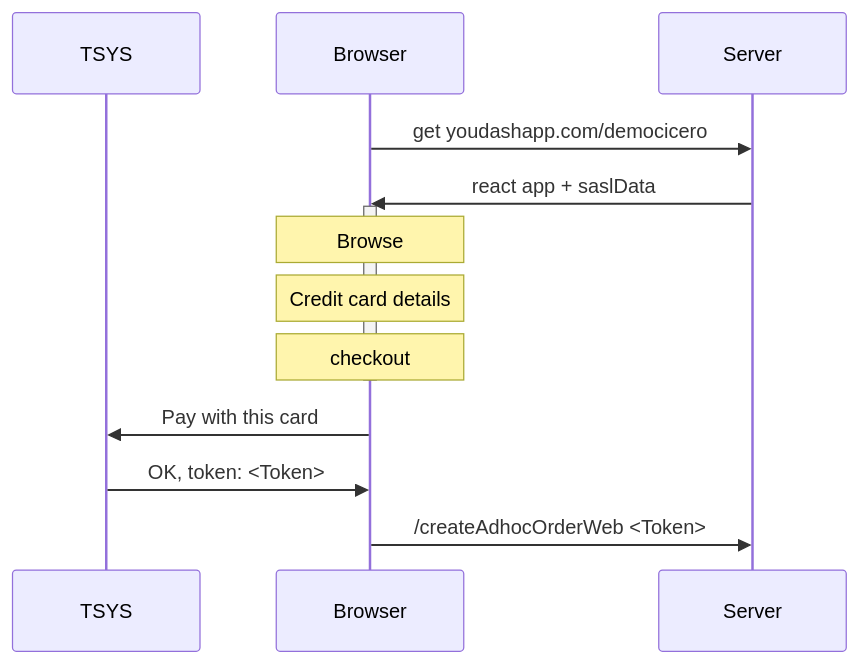
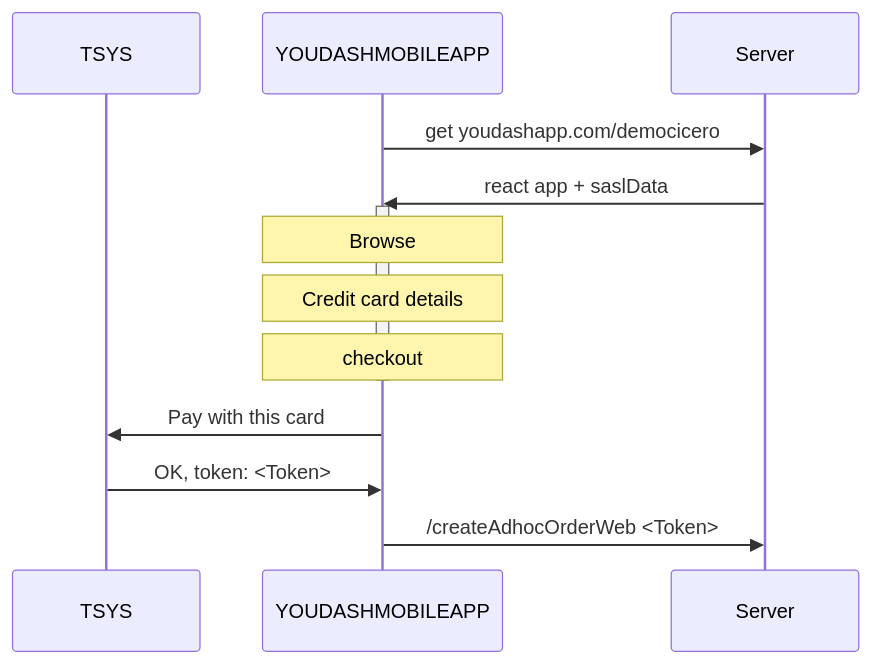
Before and after one commit to weisk/diagrams-showcase: the diagram in ux-flow-tsys.md, drawn with Mermaid.

````diff
--- a/ux-flow-tsys.md
+++ b/ux-flow-tsys.md
@@ -4,22 +4,22 @@
 ```mermaid
 sequenceDiagram
   participant gwy as TSYS
-  participant cli as Browser
+  participant cli as YOUDASHMOBILEAPP
   participant srv as Server
 
   cli ->> srv: get youdashapp.com/democicero
   srv ->> cli: react app + saslData
   
   activate cli
   Note over cli: Browse
 
   Note over cli: Credit card details
   Note over cli: checkout
   deactivate cli
   cli ->> gwy: Pay with this card
   gwy ->> cli: OK, token: <Token>
   cli ->> srv:  /createAdhocOrderWeb  <Token>
   
  
   
 ```
````
